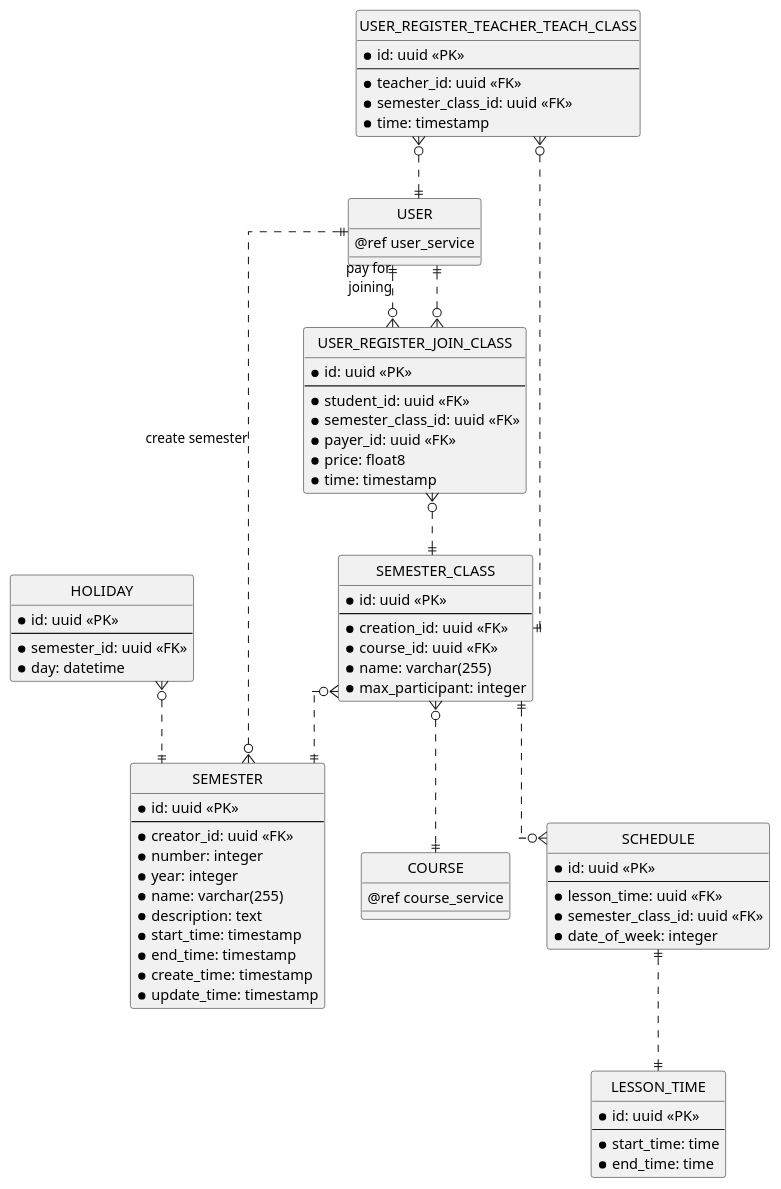
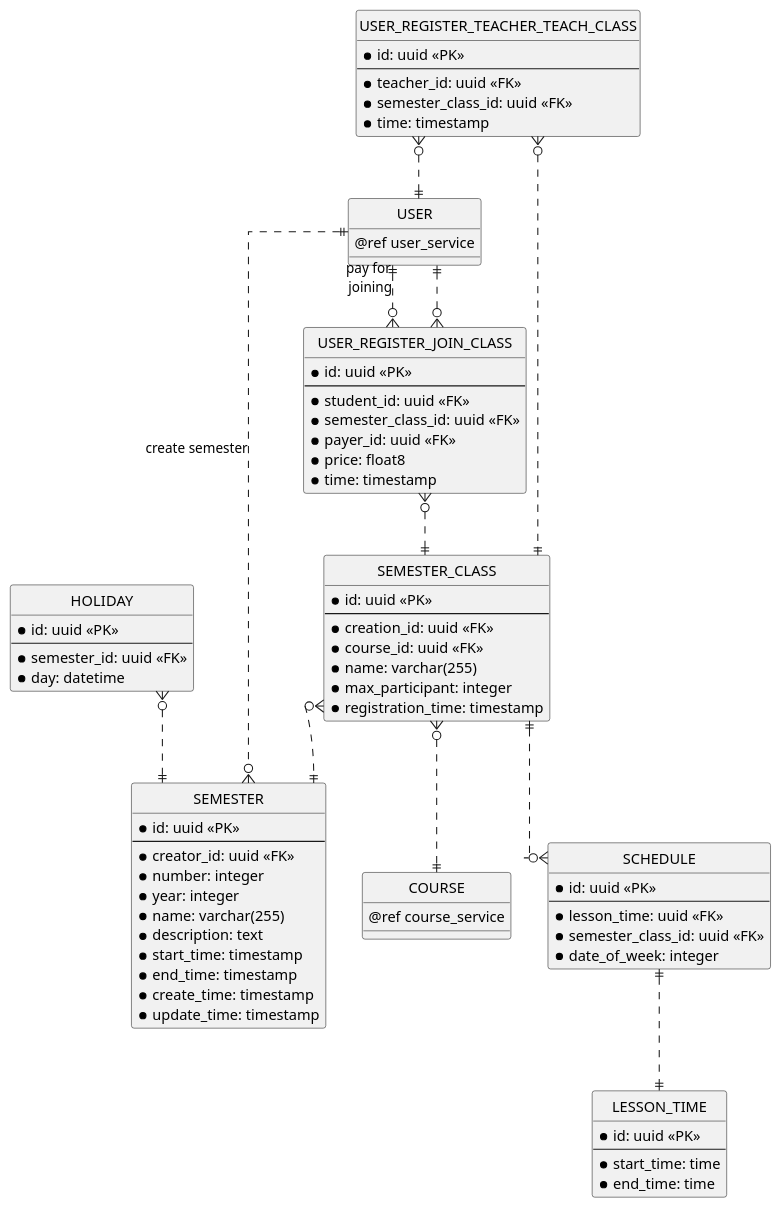
The fifth of 12 diagrams in erd.md (chungnguyenbkcse/ERD-USECASE-KIDSDRAWING), drawn with PlantUML before and after one commit. The commit also changed 1 other file, not shown here.

Commit message:
add registration_time for semester class

```diff
--- a/erd.md
+++ b/erd.md
@@ -290,6 +290,7 @@
     * course_id: uuid <<FK>>
     * name: varchar(255)
     * max_participant: integer
+    * registration_time: timestamp
 }
 
 entity "SCHEDULE" as schedule {
```
